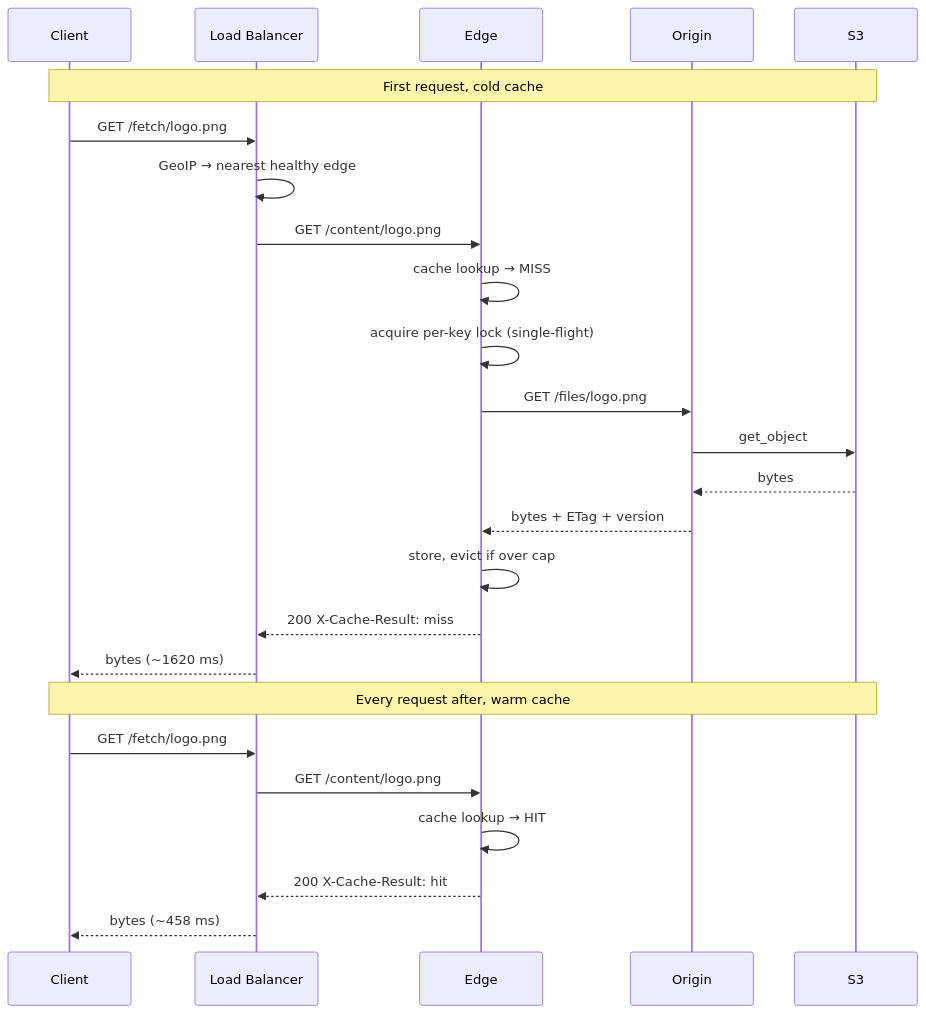
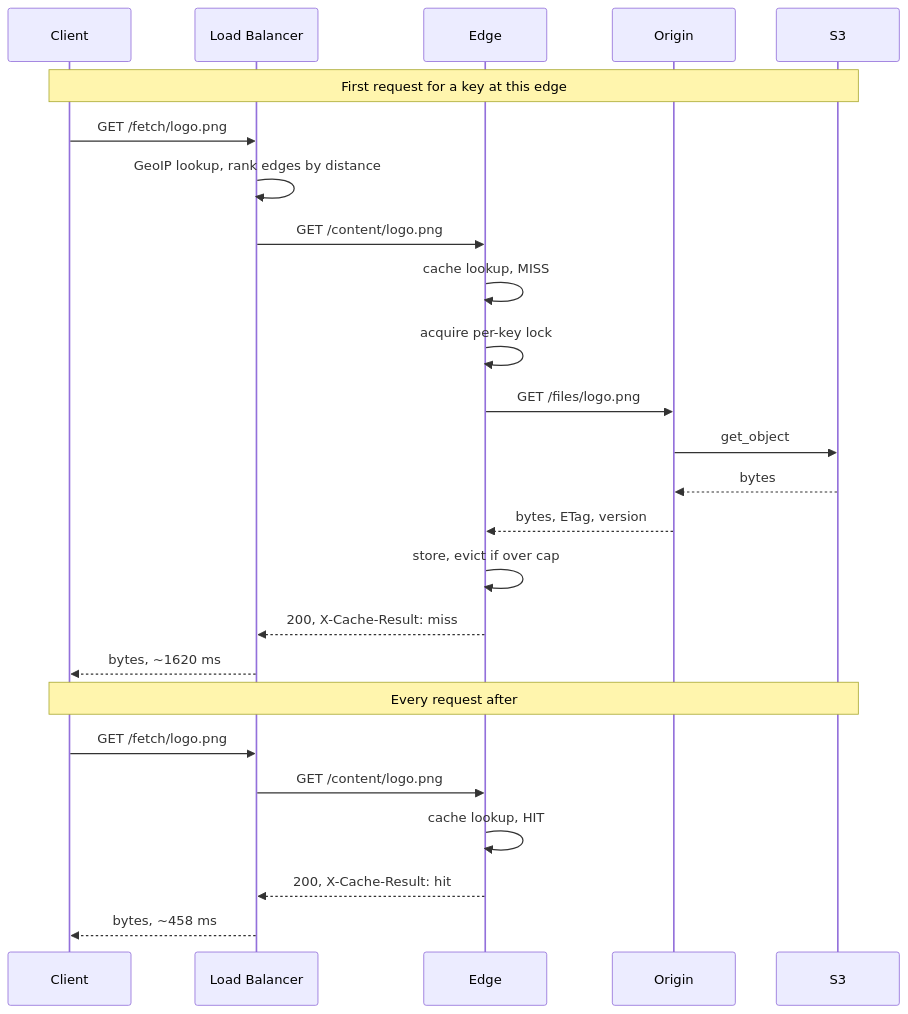
One commit to aryan-2255/Velocity_CDN changed the second of 2 diagrams in README.md. Above: the diagram before and after it, drawn with Mermaid. The commit also changed other lines of this file, not shown here.

Commit message:
Expand README with architecture and design notes

````diff
--- a/README.md
+++ b/README.md
@@ -128,29 +131,29 @@
 ```mermaid
 sequenceDiagram
     participant C as Client
     participant LB as Load Balancer
     participant E as Edge
     participant O as Origin
     participant S as S3
 
-    Note over C,S: First request, cold cache
+    Note over C,S: First request for a key at this edge
     C->>LB: GET /fetch/logo.png
-    LB->>LB: GeoIP → nearest healthy edge
+    LB->>LB: GeoIP lookup, rank edges by distance
     LB->>E: GET /content/logo.png
-    E->>E: cache lookup → MISS
-    E->>E: acquire per-key lock (single-flight)
+    E->>E: cache lookup, MISS
+    E->>E: acquire per-key lock
     E->>O: GET /files/logo.png
     O->>S: get_object
     S-->>O: bytes
-    O-->>E: bytes + ETag + version
+    O-->>E: bytes, ETag, version
     E->>E: store, evict if over cap
-    E-->>LB: 200 X-Cache-Result: miss
-    LB-->>C: bytes (~1620 ms)
+    E-->>LB: 200, X-Cache-Result: miss
+    LB-->>C: bytes, ~1620 ms
 
-    Note over C,S: Every request after, warm cache
+    Note over C,S: Every request after
     C->>LB: GET /fetch/logo.png
     LB->>E: GET /content/logo.png
-    E->>E: cache lookup → HIT
-    E-->>LB: 200 X-Cache-Result: hit
-    LB-->>C: bytes (~458 ms)
+    E->>E: cache lookup, HIT
+    E-->>LB: 200, X-Cache-Result: hit
+    LB-->>C: bytes, ~458 ms
 ```
````
